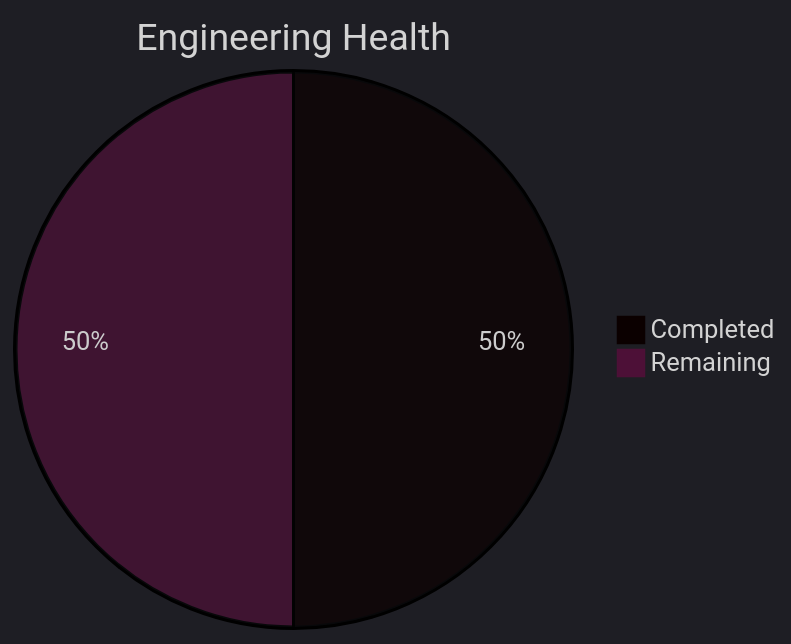
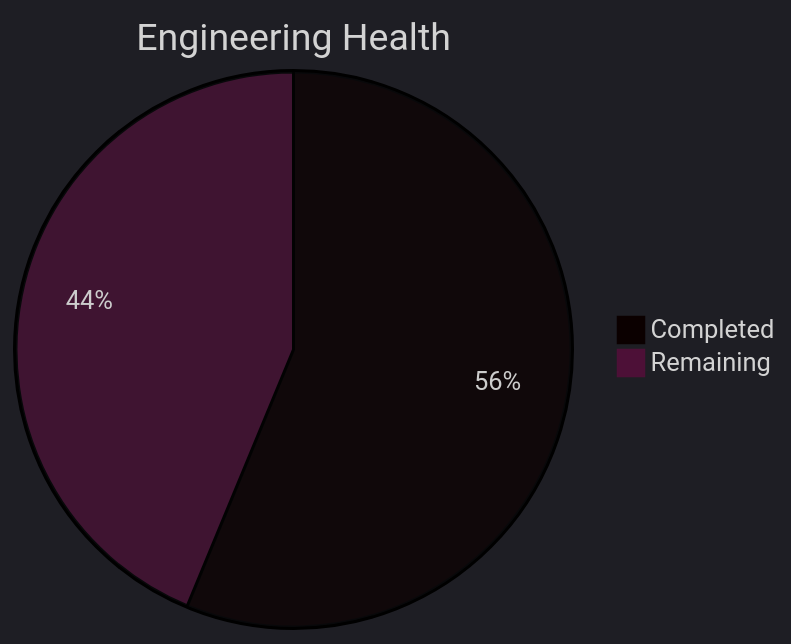
One commit to Neogleamz/SK8Lytz changed the third of 5 diagrams in tools/SK8Lytz_Bucket_List.md. Above: the diagram before and after it, drawn with Mermaid. The commit also changed other lines of this file and 2 other files, not shown here.

````diff
--- a/tools/SK8Lytz_Bucket_List.md
+++ b/tools/SK8Lytz_Bucket_List.md
@@ -39,6 +39,6 @@
 ```mermaid
 %%{init: {'theme': 'dark'}}%%
 pie title Engineering Health
-  "Completed" : 8
-  "Remaining" : 8
+  "Completed" : 9
+  "Remaining" : 7
 ```
````
